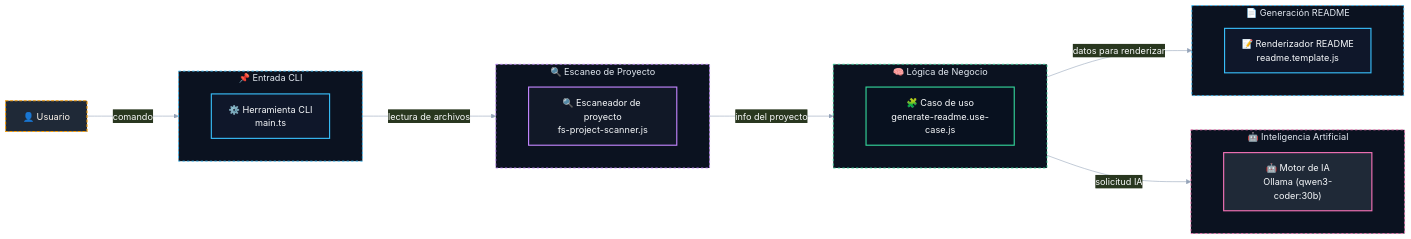
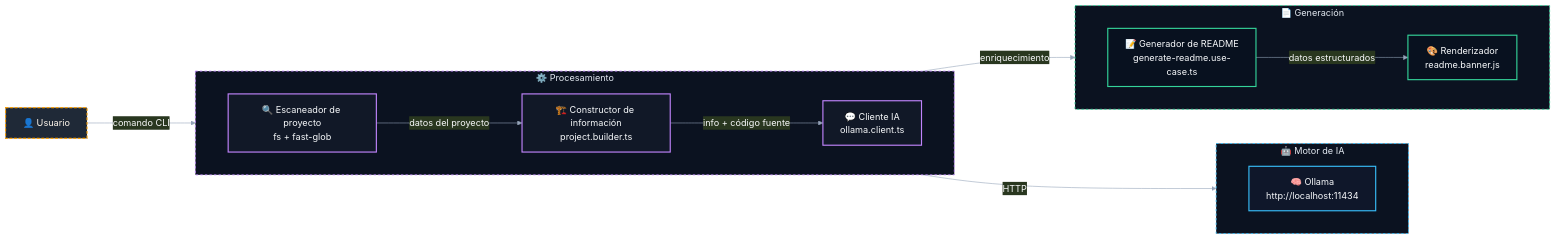
One commit to DavidTorro/README-GENERATOR changed the diagram in README.md. Above: the diagram before and after it, drawn with Mermaid. The commit also changed other lines of this file and 6 other files, not shown here.

Commit message:
feat(i18n): mejorar soporte multilingüe y traducciones en español en README y cliente Ollama

````diff
--- a/README.md
+++ b/README.md
@@ -29,59 +29,49 @@
 ```mermaid
 %%{init: {
     "theme": "base",
     "flowchart": { "curve": "basis", "nodeSpacing": 60, "rankSpacing": 90 },
     "themeVariables": {
         "primaryColor": "#1f2937",
         "primaryTextColor": "#f9fafb",
         "primaryBorderColor": "#60a5fa",
         "lineColor": "#94a3b8",
         "tertiaryColor": "#0f172a"
     }
 }}%%
 
 flowchart LR
-    subgraph SG0["📌 Entrada CLI"]
+    subgraph SG0["🤖 Motor de IA"]
         direction LR
-        cli["⚙️ Herramienta CLI<br/>main.ts"]
+        ollama["🧠 Ollama<br/>http://localhost:11434"]
     end
-    subgraph SG1["🔍 Escaneo de Proyecto"]
+    subgraph SG1["⚙️ Procesamiento"]
         direction LR
-        scanner["🔍 Escaneador de proyecto<br/>fs-project-scanner.js"]
+        scanner["🔍 Escaneador de proyecto<br/>fs + fast-glob"]
+        builder["🏗️ Constructor de información<br/>project.builder.ts"]
+        ai_client["💬 Cliente IA<br/>ollama.client.ts"]
     end
-    subgraph SG2["🧠 Lógica de Negocio"]
+    subgraph SG2["📄 Generación"]
         direction LR
-        usecase["🧩 Caso de uso<br/>generate-readme.use-case.js"]
-    end
-    subgraph SG3["🤖 Inteligencia Artificial"]
-        direction LR
-        ai["🤖 Motor de IA<br/>Ollama (qwen3-coder:30b)"]
-    end
-    subgraph SG4["📄 Generación README"]
-        direction LR
-        renderer["📝 Renderizador README<br/>readme.template.js"]
+        generator["📝 Generador de README<br/>generate-readme.use-case.ts"]
+        renderer["🎨 Renderizador<br/>readme.banner.js"]
     end
     user["👤 Usuario"]
-    user -- "comando" --> cli
-    cli -- "lectura de archivos" --> scanner
-    scanner -- "info del proyecto" --> usecase
-    usecase -- "solicitud IA" --> ai
-    usecase -- "datos para renderizar" --> renderer
+    user -- "comando CLI" --> scanner
+    scanner -- "datos del proyecto" --> builder
+    builder -- "info + código fuente" --> ai_client
+    ai_client -- "HTTP" --> ollama
+    ai_client -- "enriquecimiento" --> generator
+    generator -- "datos estructurados" --> renderer
 
     classDef g0 fill:#0f172a,stroke:#38bdf8,color:#f8fafc,stroke-width:2px;
-    class cli g0;
+    class ollama g0;
     classDef g1 fill:#111827,stroke:#c084fc,color:#f8fafc,stroke-width:2px;
-    class scanner g1;
+    class scanner,builder,ai_client g1;
     classDef g2 fill:#08111f,stroke:#34d399,color:#f8fafc,stroke-width:2px;
-    class usecase g2;
-    classDef g3 fill:#1f2937,stroke:#f472b6,color:#f8fafc,stroke-width:2px;
-    class ai g3;
-    classDef g4 fill:#0f172a,stroke:#38bdf8,color:#f8fafc,stroke-width:2px;
-    class renderer g4;
+    class generator,renderer g2;
     classDef actor fill:#1f2937,stroke:#f59e0b,color:#fff7ed,stroke-width:2px,stroke-dasharray: 5 3;
     class user actor;
     style SG0 fill:#0b1220,stroke:#38bdf8,stroke-width:1.5px,stroke-dasharray: 4 4,color:#e2e8f0
     style SG1 fill:#0b1220,stroke:#c084fc,stroke-width:1.5px,stroke-dasharray: 4 4,color:#e2e8f0
     style SG2 fill:#0b1220,stroke:#34d399,stroke-width:1.5px,stroke-dasharray: 4 4,color:#e2e8f0
-    style SG3 fill:#0b1220,stroke:#f472b6,stroke-width:1.5px,stroke-dasharray: 4 4,color:#e2e8f0
-    style SG4 fill:#0b1220,stroke:#38bdf8,stroke-width:1.5px,stroke-dasharray: 4 4,color:#e2e8f0
 ```
````
